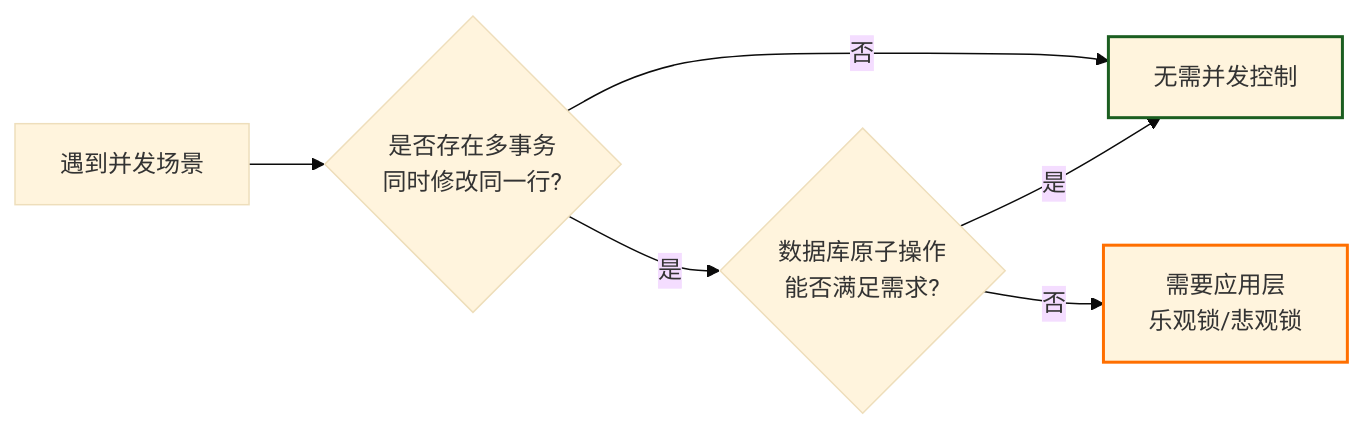
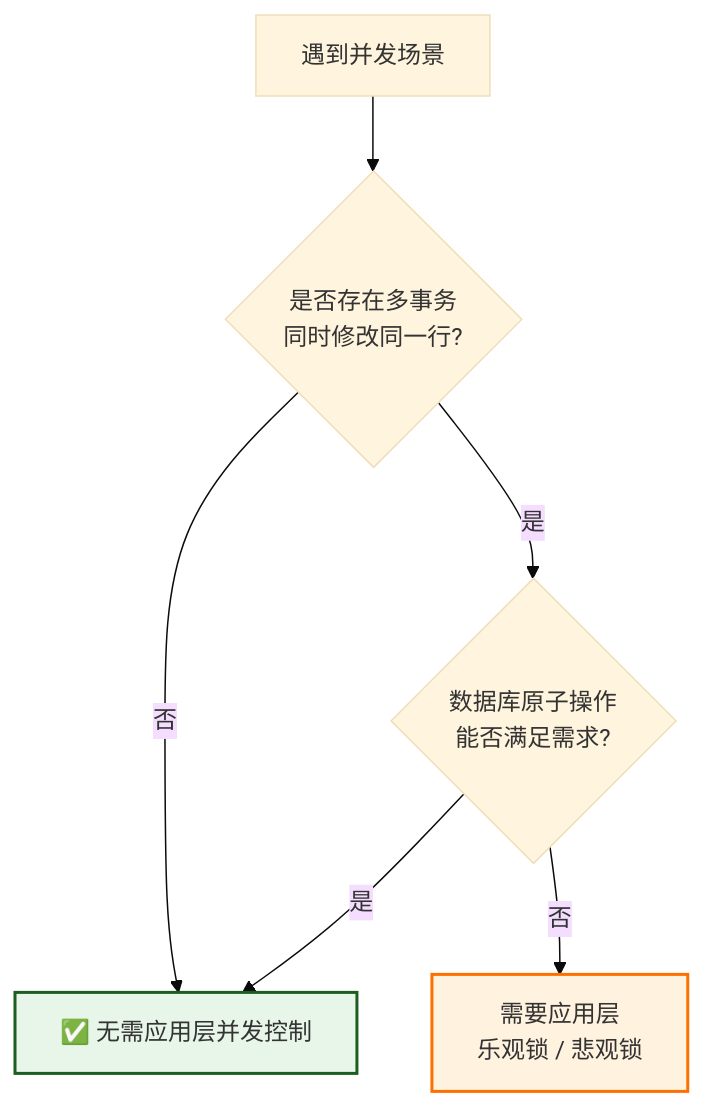
One commit to jarodchen/jarodchen.github.io changed the diagram in docs/blog/2026/什么场景不需要并发控制.md. Above: the diagram before and after it, drawn with Mermaid (base theme). The commit also changed other lines of this file, not shown here.

````diff
--- a/docs/blog/2026/什么场景不需要并发控制.md
+++ b/docs/blog/2026/什么场景不需要并发控制.md
@@ -157,11 +124,11 @@
 ```mermaid
-graph LR
+graph TD
     A[遇到并发场景] --> B{是否存在多事务<br>同时修改同一行?}
-    B -- 否 --> C[无需并发控制]
+    B -- 否 --> C[✅ 无需应用层并发控制]
     B -- 是 --> D{数据库原子操作<br>能否满足需求?}
     D -- 是 --> C
-    D -- 否 --> E[需要应用层<br>乐观锁/悲观锁]
+    D -- 否 --> E[需要应用层<br>乐观锁 / 悲观锁]
     
-    style C stroke:#1b5e20,stroke-width:2px
-    style E stroke:#ff6f00,stroke-width:2px
+    style C fill:#e8f5e9,stroke:#1b5e20,stroke-width:2px
+    style E fill:#fff3e0,stroke:#ff6f00,stroke-width:2px
 ```
````
